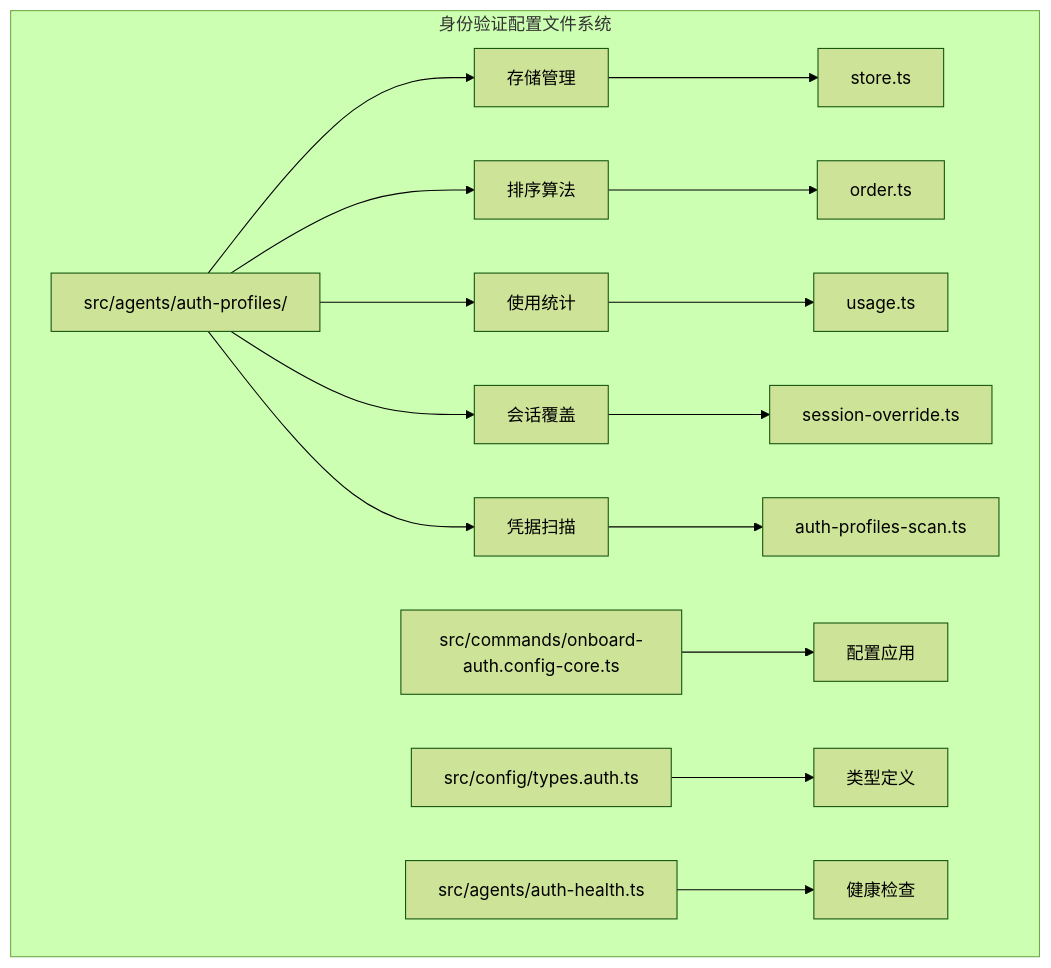
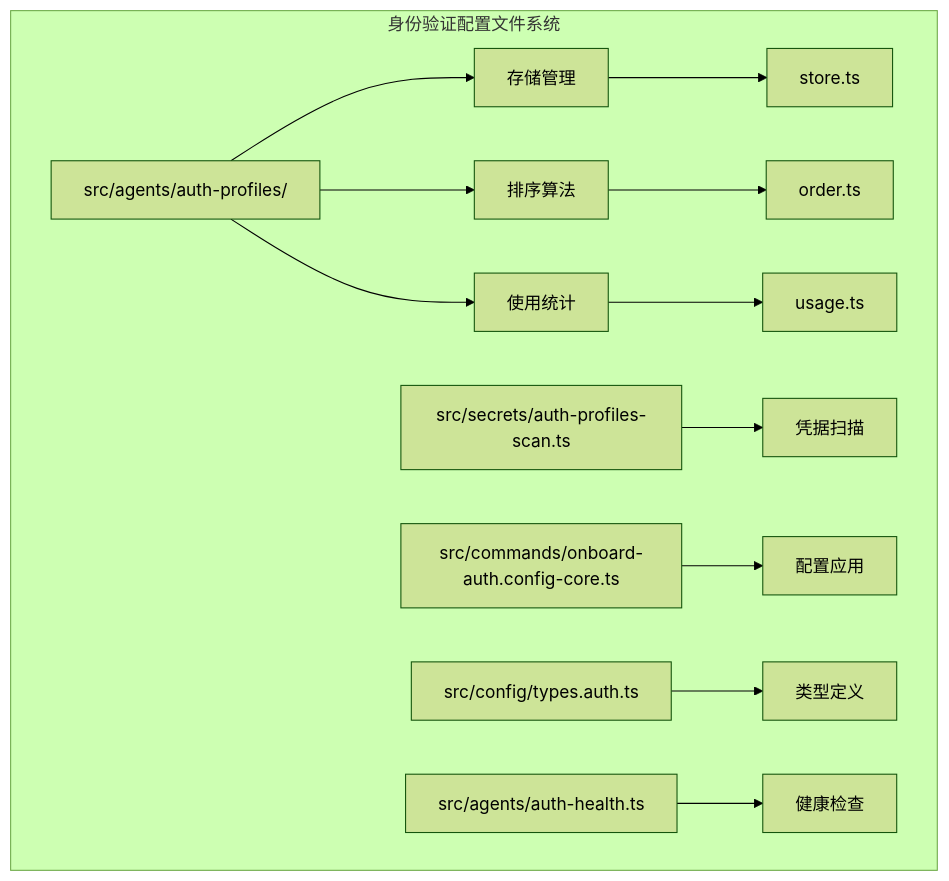
One commit to verse-ai-org/openclaw changed the first of 9 diagrams in .qoder/repowiki/zh/content/Temporary Authentication Profiles.md. Above: the diagram before and after it, drawn with Mermaid (forest theme). The commit also changed other lines of this file and 9 other files, not shown here.

````diff
--- a/.qoder/repowiki/zh/content/Temporary Authentication Profiles.md
+++ b/.qoder/repowiki/zh/content/Temporary Authentication Profiles.md
@@ -36,18 +44,15 @@
 ```mermaid
 graph TB
 subgraph "身份验证配置文件系统"
 A[src/agents/auth-profiles/] --> B[存储管理]
 A --> C[排序算法]
 A --> D[使用统计]
-A --> E[会话覆盖]
-A --> F[凭据扫描]
 B --> B1[store.ts]
 C --> C1[order.ts]
 D --> D1[usage.ts]
-E --> E1[session-override.ts]
-F --> F1[auth-profiles-scan.ts]
+E[src/secrets/auth-profiles-scan.ts] --> F[凭据扫描]
 G[src/commands/onboard-auth.config-core.ts] --> H[配置应用]
 I[src/config/types.auth.ts] --> J[类型定义]
 K[src/agents/auth-health.ts] --> L[健康检查]
 end
 ```
````
